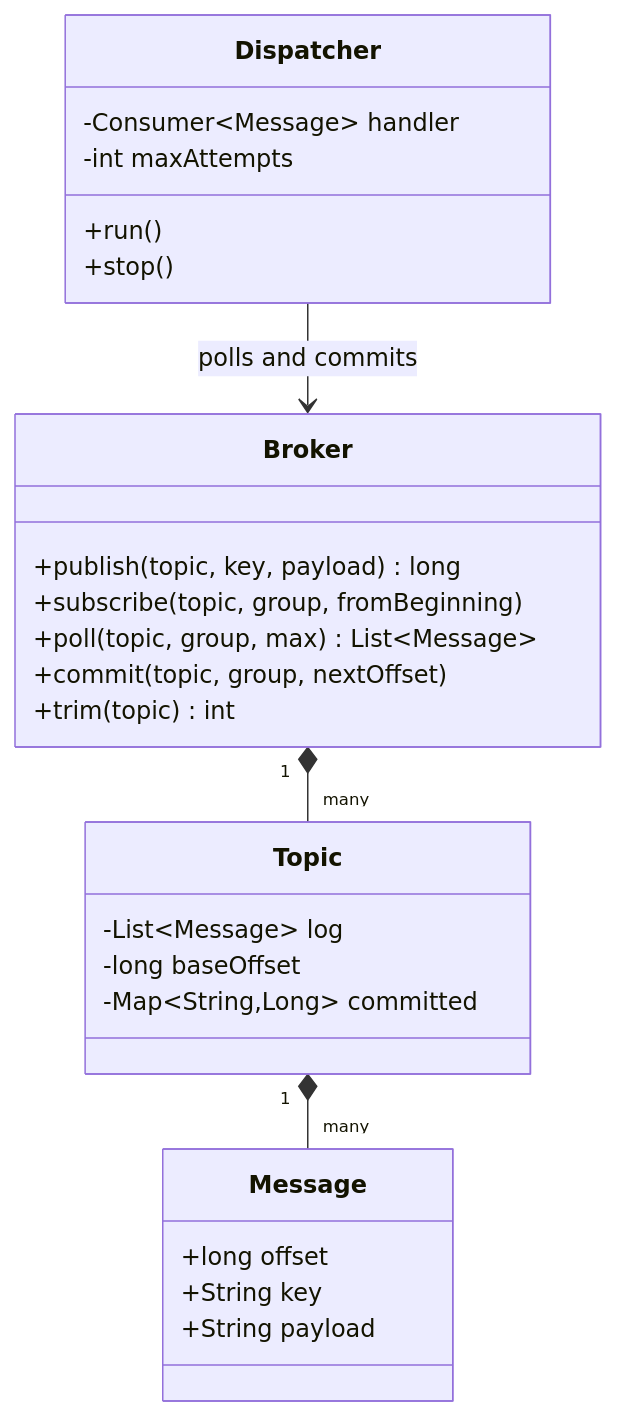
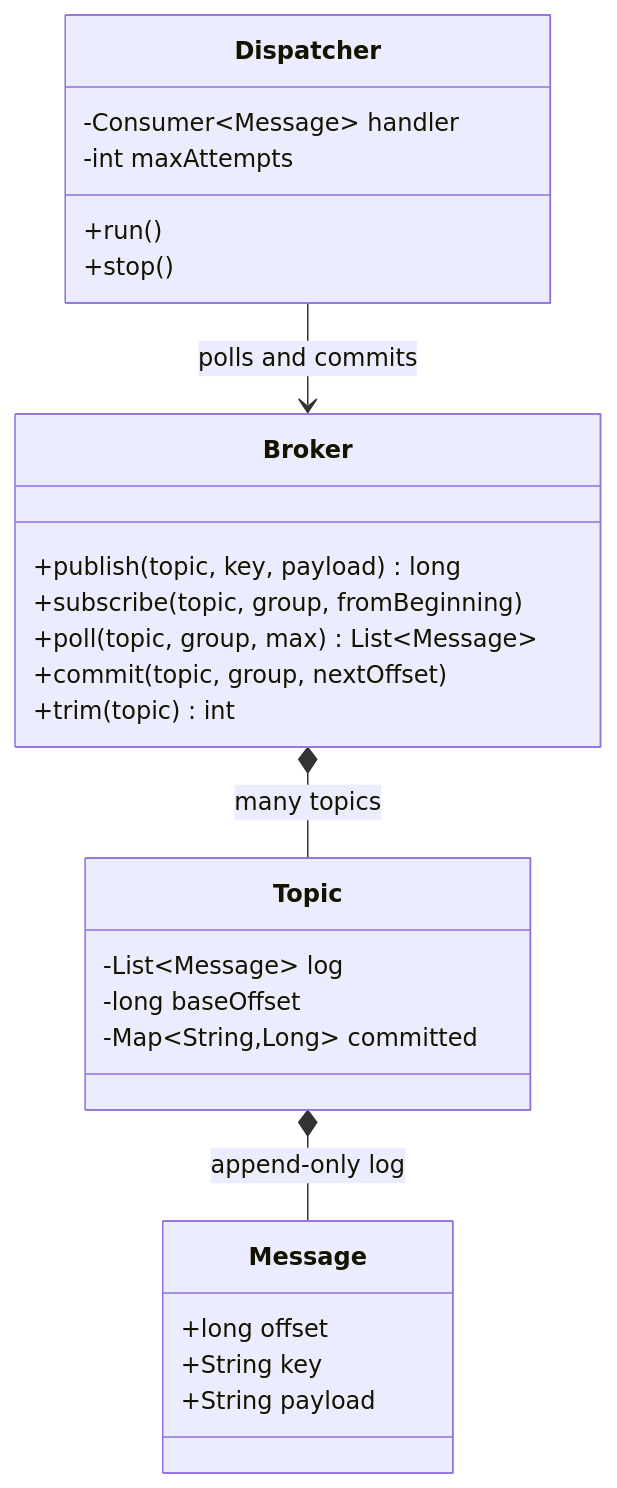
One commit to dhaval-76/engineering-field-guide changed the diagram in src/content/topics/low-level-design/pub-sub/diagrams/pubsub-classes.mmd. Above: the diagram before and after it, drawn with Mermaid. The commit also changed 90 other files, not shown here.

Commit message:
LLD diagrams: vertical layouts, collapsed families and trimmed members so class, state and ER diagrams fit phones

```diff
--- a/src/content/topics/low-level-design/pub-sub/diagrams/pubsub-classes.mmd
+++ b/src/content/topics/low-level-design/pub-sub/diagrams/pubsub-classes.mmd
@@ -1,27 +1,28 @@
 classDiagram
+  direction TB
   class Broker {
     +publish(topic, key, payload) long
     +subscribe(topic, group, fromBeginning)
     +poll(topic, group, max) List~Message~
     +commit(topic, group, nextOffset)
     +trim(topic) int
   }
   class Topic {
     -List~Message~ log
     -long baseOffset
     -Map~String,Long~ committed
   }
   class Message {
     +long offset
     +String key
     +String payload
   }
   class Dispatcher {
     -Consumer~Message~ handler
     -int maxAttempts
     +run()
     +stop()
   }
-  Broker "1" *-- "many" Topic
-  Topic "1" *-- "many" Message
+  Broker *-- Topic : many topics
+  Topic *-- Message : append-only log
   Dispatcher --> Broker : polls and commits
```
